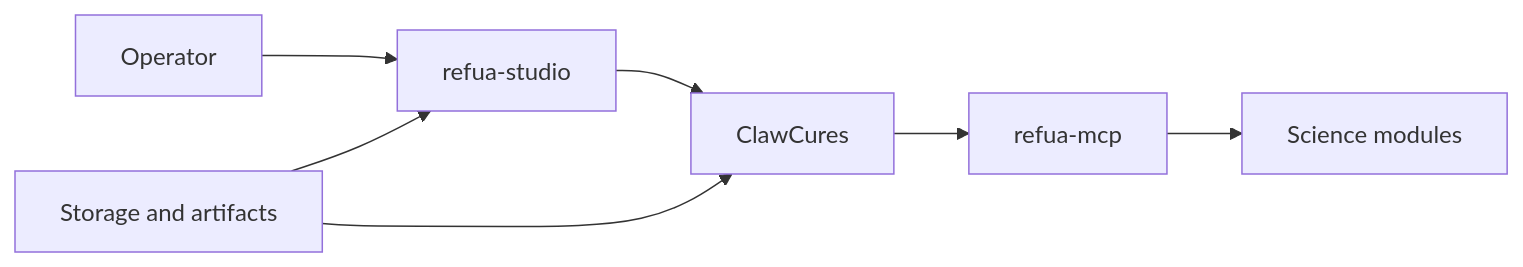
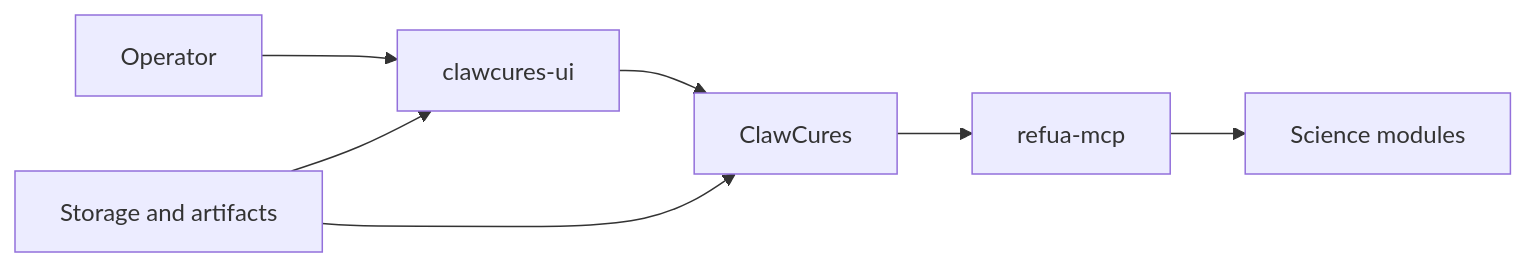
Before and after one commit to agentcures/.github: the second of 2 diagrams in guidebook/chapter-07-deployment-and-runtime-operations.md, drawn with Mermaid. The commit also changed 9 other files, not shown here.

````diff
--- a/guidebook/chapter-07-deployment-and-runtime-operations.md
+++ b/guidebook/chapter-07-deployment-and-runtime-operations.md
@@ -60,9 +60,9 @@
 ```mermaid
 flowchart LR
-    A[Operator] --> B[refua-studio]
+    A[Operator] --> B[clawcures-ui]
     B --> C[ClawCures]
     C --> D[refua-mcp]
     D --> E[Science modules]
     F[Storage and artifacts] --> B
     F --> C
 ```
````
